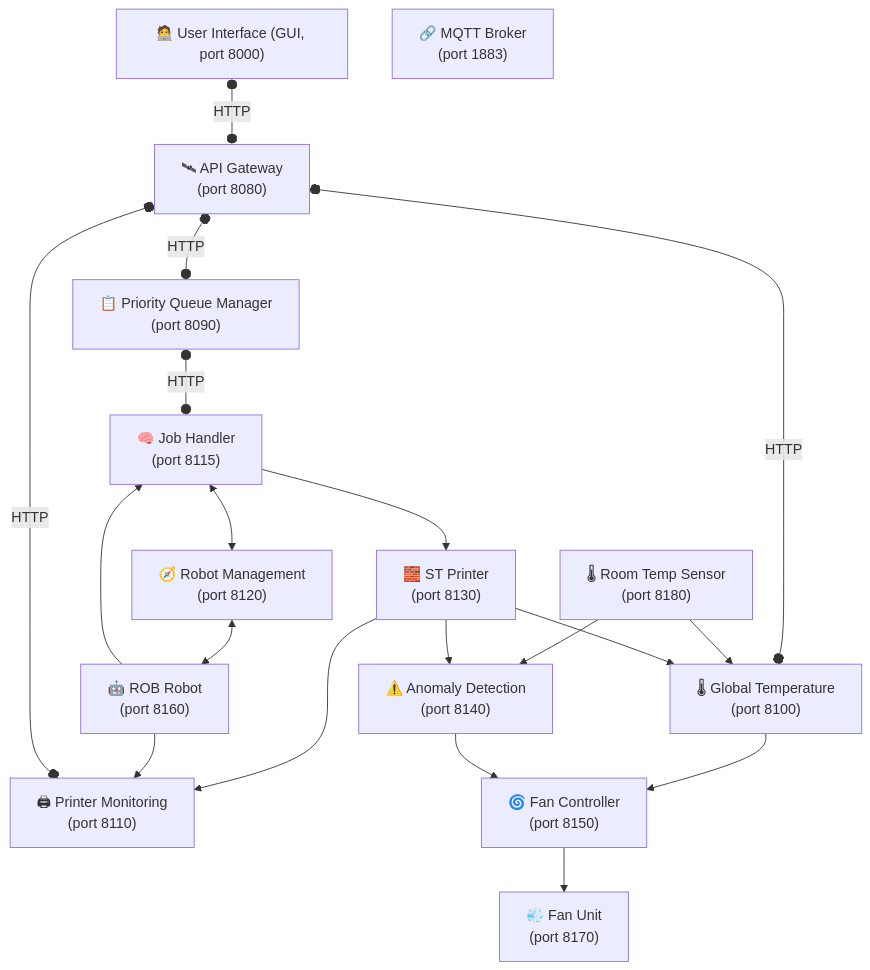
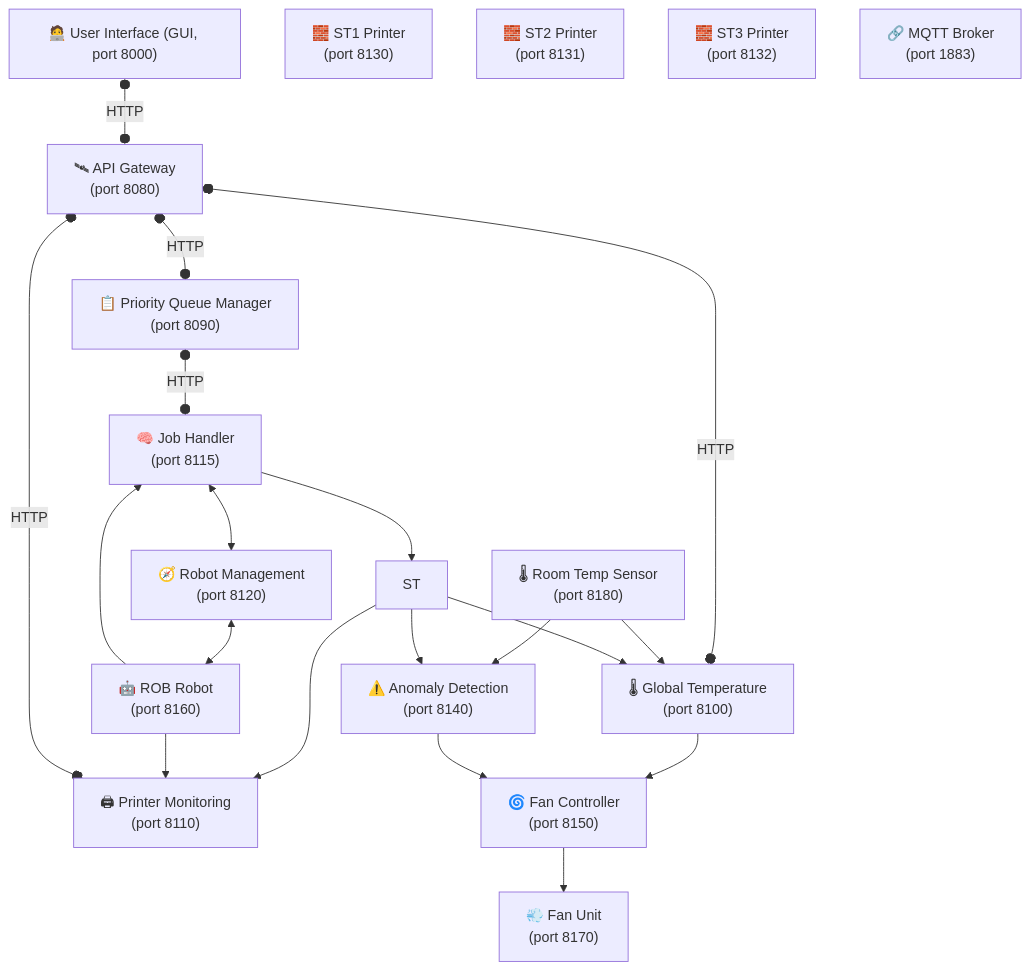
The diagram in flowchart/port_flowchart.mmd (leonardosos/3D_Printer_Lab), drawn with Mermaid before and after one commit. The commit also changed 25 other files, not shown here.

```diff
--- a/flowchart/port_flowchart.mmd
+++ b/flowchart/port_flowchart.mmd
@@ -1,65 +1,72 @@
 flowchart TB
 
 %% User Interaction Layer
 GUI["🧑‍💻 User Interface (GUI, port 8000)"]
 
 %% HTTP Communication Layer
 APIGW["🛰 API Gateway 
 (port 8080)"]
 QueueMgr["📋 Priority Queue Manager 
 (port 8090)"]
 TempGlobal["🌡 Global Temperature 
 (port 8100)"]
 PrinterMon["🖨 Printer Monitoring 
 (port 8110)"]
 
 %% MQTT Communication Layer
 JobHandler["🧠 Job Handler 
 (port 8115)"]
 Planning["🧭 Robot Management 
 (port 8120)"]
-ST["🧱 ST Printer 
+
+%% Printers
+ST1["🧱 ST1 Printer 
 (port 8130)"]
+ST2["🧱 ST2 Printer 
+(port 8131)"]
+ST3["🧱 ST3 Printer 
+(port 8132)"]
+
 Anomaly["⚠️ Anomaly Detection 
 (port 8140)"]
 FanCtrl["🌀 Fan Controller 
 (port 8150)"]
 
 %% MQTT Broker
 Broker["🔗 MQTT Broker 
 (port 1883)"]
 
 %% Device Layer (emoji-enhanced)
 Robot["🤖 ROB Robot
 (port 8160)"]
 Fan["💨 Fan Unit
 (port 8170)"]
 TempSensor["🌡 Room Temp Sensor
 (port 8180)"]
 
 %% Data Flow 
 GUI o--o|HTTP| APIGW
 APIGW o--o|HTTP| QueueMgr
 APIGW o--o|HTTP| TempGlobal
 QueueMgr o--o|HTTP| JobHandler
 
 TempSensor --> TempGlobal
 JobHandler <--> Planning
 
 ST --> TempGlobal 
 ST --> PrinterMon
 %% JobHandler --> PrinterMon (Real topic subscription)
 JobHandler --> ST
 
 Planning <--> Robot
 Robot --> PrinterMon
 Robot --> JobHandler 
 
 APIGW o--o|HTTP| PrinterMon
 
 TempGlobal --> FanCtrl
 FanCtrl --> Fan
 
 TempSensor --> Anomaly
 ST --> Anomaly
 Anomaly --> FanCtrl
```
